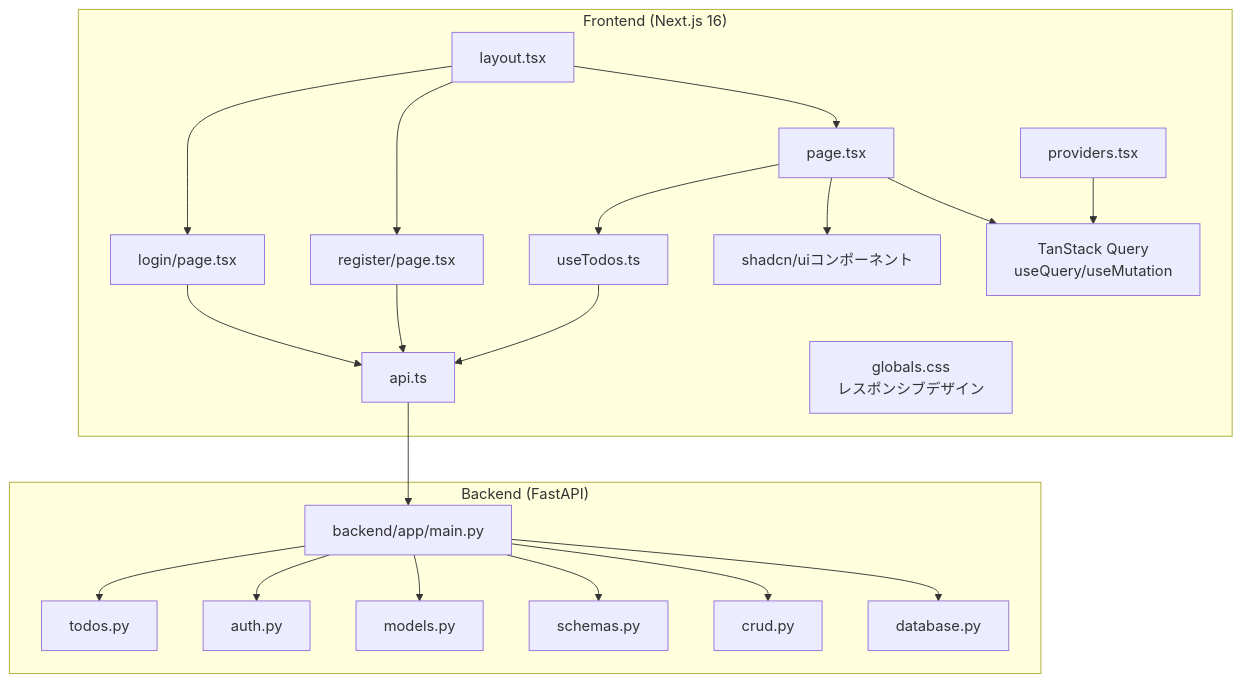
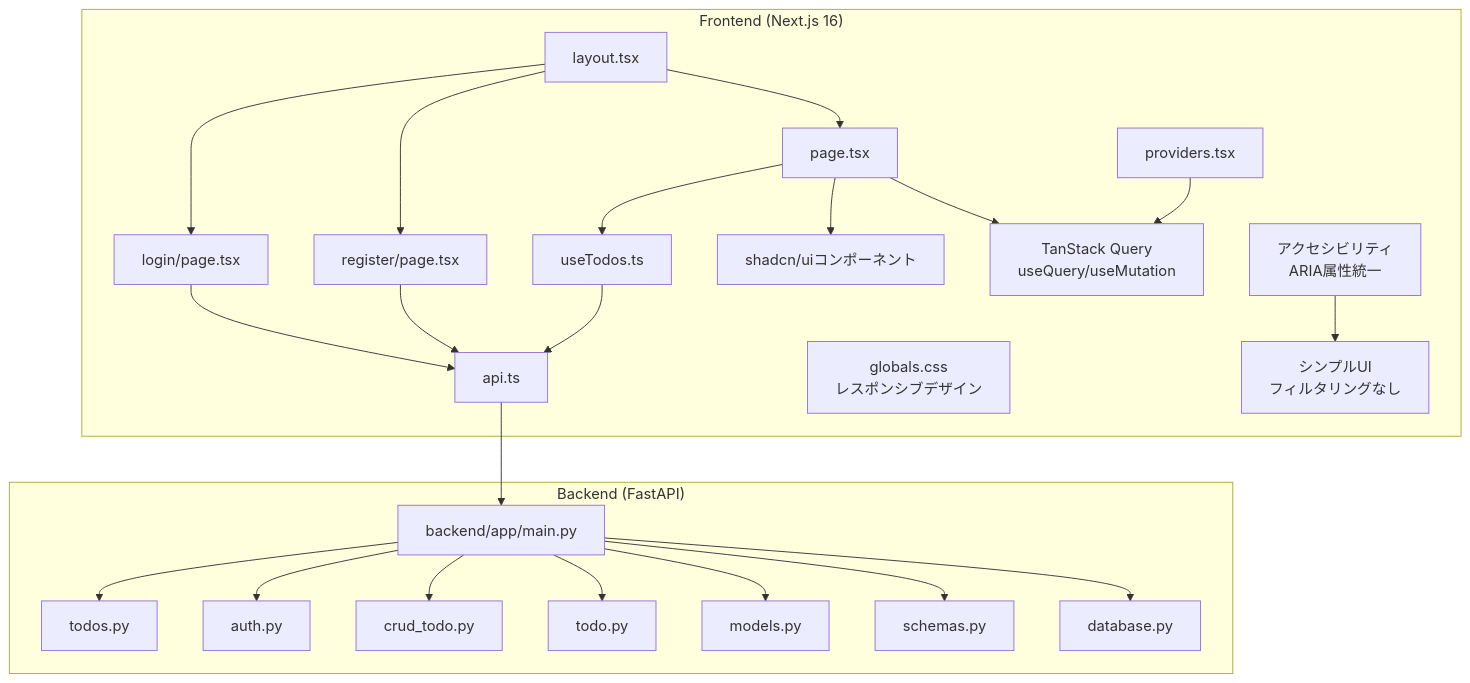
Before and after one commit to ss8806/Todos: the second of 5 diagrams in .qoder/repowiki/ja/content/アーキテクチャ/フロントエンドアーキテクチャ.md, drawn with Mermaid. The commit also changed other lines of this file and 17 other files, not shown here.

````diff
--- a/.qoder/repowiki/ja/content/アーキテクチャ/フロントエンドアーキテクチャ.md
+++ b/.qoder/repowiki/ja/content/アーキテクチャ/フロントエンドアーキテクチャ.md
@@ -161,41 +201,46 @@
 ```mermaid
 graph TB
 subgraph "Frontend (Next.js 16)"
 LAYOUT["layout.tsx"]
 PAGE["page.tsx"]
 LOGIN["login/page.tsx"]
 REGISTER["register/page.tsx"]
 PROVIDERS["providers.tsx"]
 HOOKS["useTodos.ts"]
 API["api.ts"]
 COMPONENTS["shadcn/uiコンポーネント"]
 STATE["TanStack Query<br/>useQuery/useMutation"]
 STY["globals.css<br/>レスポンシブデザイン"]
+ACCESS["アクセシビリティ<br/>ARIA属性統一"]
+SIMPLE["シンプルUI<br/>フィルタリングなし"]
 end
 subgraph "Backend (FastAPI)"
 MAINPY["backend/app/main.py"]
 TODOENDPOINT["todos.py"]
 AUTHENDPOINT["auth.py"]
+CRUDTODO["crud_todo.py"]
+SCHEMA["todo.py"]
 MODELS["models.py"]
 SCHEMAS["schemas.py"]
-CRUD["crud.py"]
 DB["database.py"]
 end
 LAYOUT --> PAGE
 LAYOUT --> LOGIN
 LAYOUT --> REGISTER
 PAGE --> HOOKS
 LOGIN --> API
 REGISTER --> API
 PAGE --> COMPONENTS
 PAGE --> STATE
 HOOKS --> API
 PROVIDERS --> STATE
 API --> MAINPY
 MAINPY --> TODOENDPOINT
 MAINPY --> AUTHENDPOINT
+MAINPY --> CRUDTODO
+MAINPY --> SCHEMA
 MAINPY --> MODELS
 MAINPY --> SCHEMAS
-MAINPY --> CRUD
 MAINPY --> DB
+ACCESS --> SIMPLE
 ```
````
